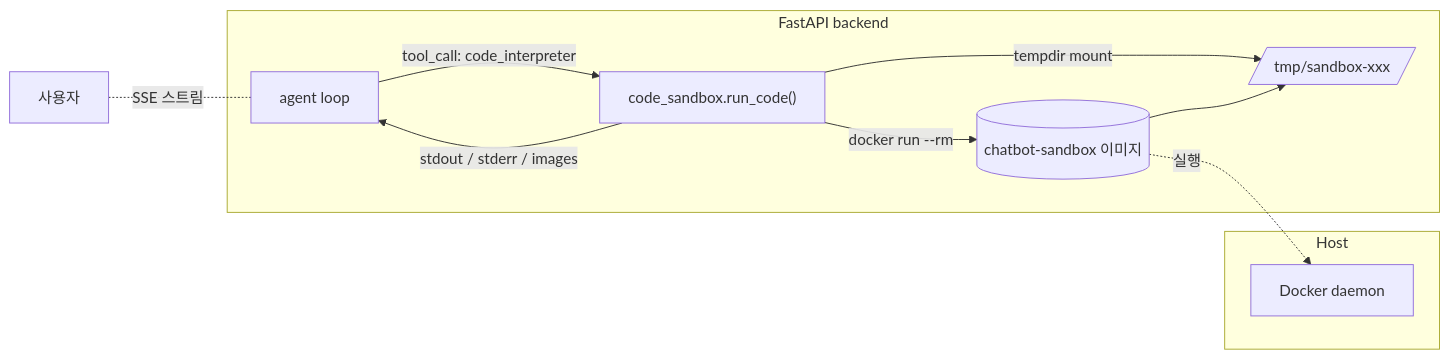
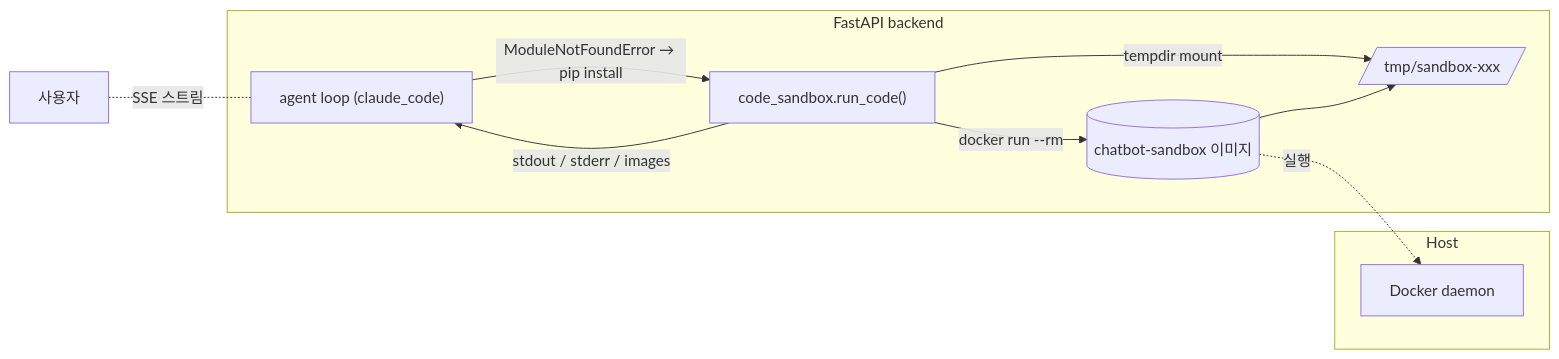
Before and after one commit to SinokorOfficial/chatbot-docs: the first of 4 diagrams in docs/sandbox.md, drawn with Mermaid. The commit also changed other lines of this file and 21 other files, not shown here.

````diff
--- a/docs/sandbox.md
+++ b/docs/sandbox.md
@@ -7,15 +7,15 @@
 ```mermaid
 flowchart LR
  subgraph Backend [FastAPI backend]
- A["agent loop"] -->|tool_call: code_interpreter| B["code_sandbox.run_code()"]
+ A["agent loop (claude_code)"] -->|ModuleNotFoundError → pip install| B["code_sandbox.run_code()"]
  B -->|docker run --rm| C[(chatbot-sandbox 이미지)]
  B -->|tempdir mount| W[/tmp/sandbox-xxx/]
  C --> W
  B -->|stdout / stderr / images| A
  end
  subgraph Host
  D[Docker daemon]
  C -.실행.-> D
  end
  U[사용자] -. SSE 스트림 .- A
 ```
````
